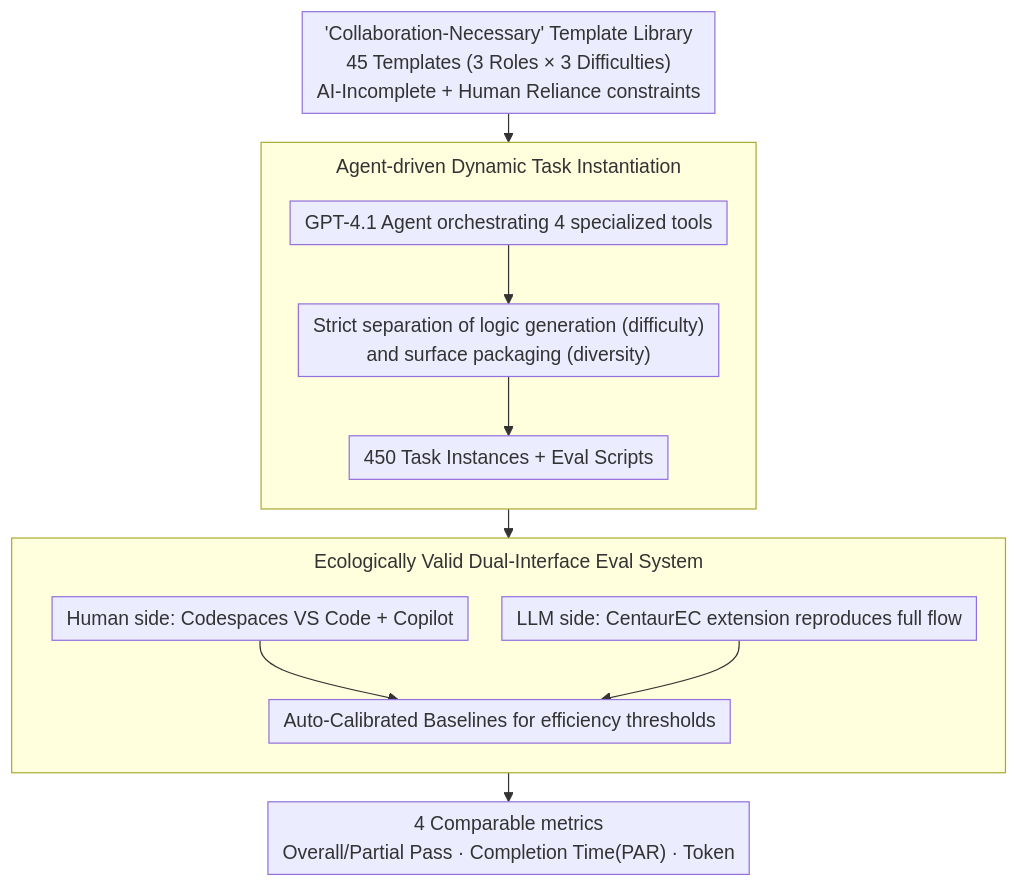
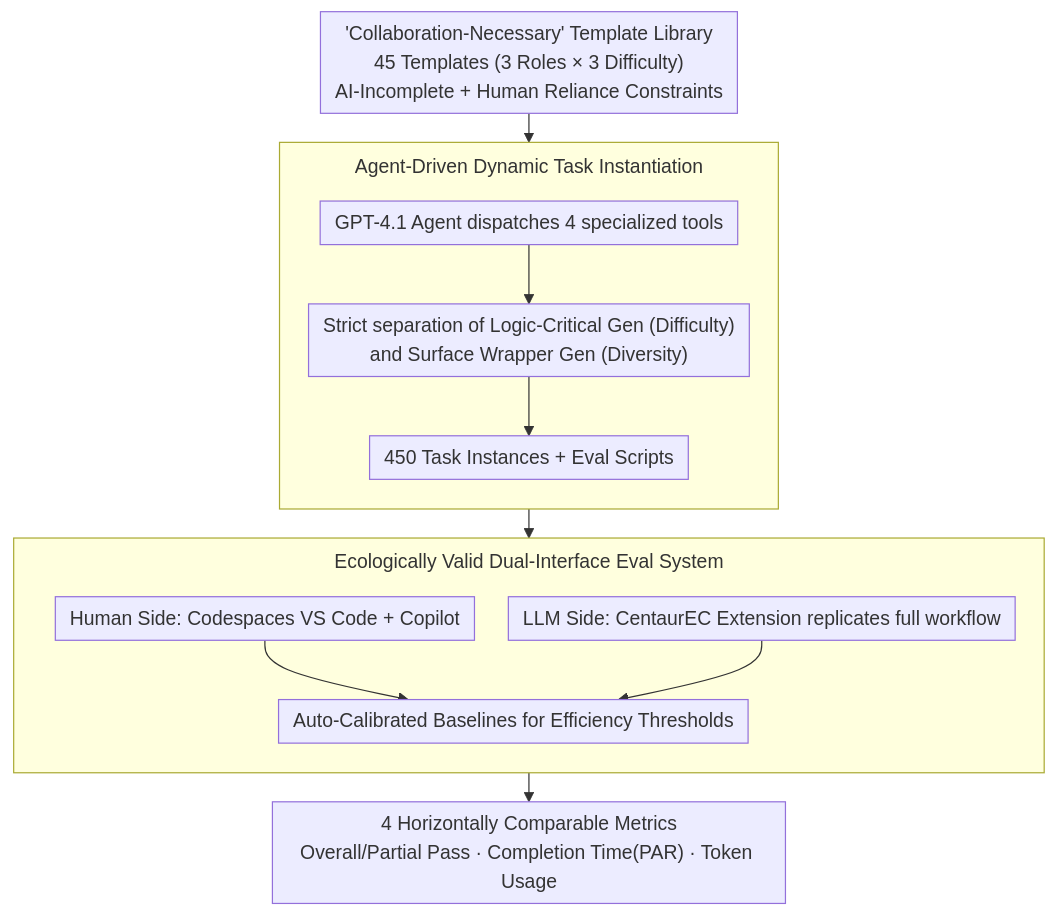
Before and after one commit to zhaoyang97/Paper-Notes-en: the diagram in docs/ICML2026/code_intelligence/centaureval_benchmarking_human-in-the-loop_value_in_agentic_coding.md, drawn with Mermaid. The commit also changed other lines of this file and 5084 other files, not shown here.

````diff
--- a/docs/ICML2026/code_intelligence/centaureval_benchmarking_human-in-the-loop_value_in_agentic_coding.md
+++ b/docs/ICML2026/code_intelligence/centaureval_benchmarking_human-in-the-loop_value_in_agentic_coding.md
@@ -45,20 +45,20 @@
 ```mermaid
 %%{init: {'flowchart': {'rankSpacing': 24, 'nodeSpacing': 28, 'padding': 6, 'wrappingWidth': 400, 'subGraphTitleMargin': {'top': 8, 'bottom': 16}}}}%%
 flowchart TD
-    A["'Collaboration-Necessary' Template Library<br/>45 Templates (3 Roles × 3 Difficulties)<br/>AI-Incomplete + Human Reliance constraints"] --> B
-    subgraph B["Agent-driven Dynamic Task Instantiation"]
+    A["'Collaboration-Necessary' Template Library<br/>45 Templates (3 Roles × 3 Difficulty)<br/>AI-Incomplete + Human Reliance Constraints"] --> B
+    subgraph B["Agent-Driven Dynamic Task Instantiation"]
         direction TB
-        B1["GPT-4.1 Agent orchestrating 4 specialized tools"]
-        B2["Strict separation of logic generation (difficulty)<br/>and surface packaging (diversity)"]
+        B1["GPT-4.1 Agent dispatches 4 specialized tools"]
+        B2["Strict separation of Logic-Critical Gen (Difficulty)<br/>and Surface Wrapper Gen (Diversity)"]
         B1 --> B2 --> B3["450 Task Instances + Eval Scripts"]
     end
     subgraph C["Ecologically Valid Dual-Interface Eval System"]
         direction TB
-        C1["Human side: Codespaces VS Code + Copilot"]
-        C2["LLM side: CentaurEC extension reproduces full flow"]
-        C1 --> C3["Auto-Calibrated Baselines for efficiency thresholds"]
+        C1["Human Side: Codespaces VS Code + Copilot"]
+        C2["LLM Side: CentaurEC Extension replicates full workflow"]
+        C1 --> C3["Auto-Calibrated Baselines for Efficiency Thresholds"]
         C2 --> C3
     end
     B --> C
-    C --> D["4 Comparable metrics<br/>Overall/Partial Pass · Completion Time(PAR) · Token"]
+    C --> D["4 Horizontally Comparable Metrics<br/>Overall/Partial Pass · Completion Time(PAR) · Token Usage"]
 ```
````
